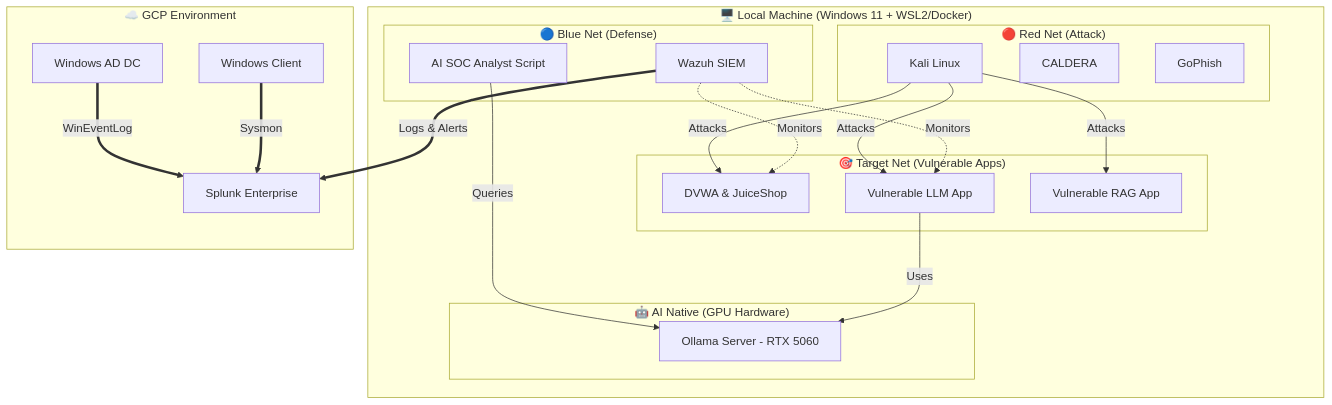
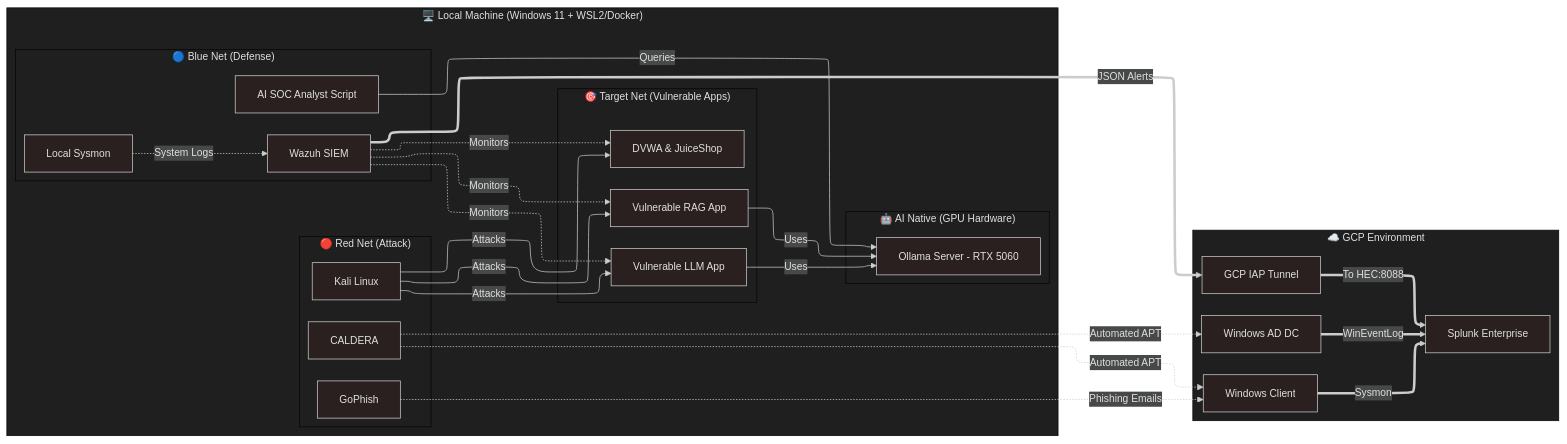
One commit to z1r0h/GCP-Homelab changed the first of 2 diagrams in AI-Security-Lab/README.md. Above: the diagram before and after it, drawn with Mermaid.

````diff
--- a/AI-Security-Lab/README.md
+++ b/AI-Security-Lab/README.md
@@ -22,43 +22,50 @@
 ```mermaid
-graph TD
-    subgraph "🖥️ Local Machine (Windows 11 + WSL2/Docker)"
-        subgraph "🔵 Blue Net (Defense)"
-            W[Wazuh SIEM]
-            A[AI SOC Analyst Script]
-        end
-        
-        subgraph "🔴 Red Net (Attack)"
-            K[Kali Linux]
-            C[CALDERA]
-            G[GoPhish]
-        end
-        
-        subgraph "🎯 Target Net (Vulnerable Apps)"
-            D[DVWA & JuiceShop]
-            L[Vulnerable LLM App]
-            R[Vulnerable RAG App]
-        end
-        
-        subgraph "🤖 AI Native (GPU Hardware)"
-            O[Ollama Server - RTX 5060]
-        end
-        
-        K -->|Attacks| D
-        K -->|Attacks| L
-        K -->|Attacks| R
-        A -->|Queries| O
-        L -->|Uses| O
-        W -.->|Monitors| D
-        W -.->|Monitors| L
-    end
-
-    subgraph "☁️ GCP Environment"
-        S[Splunk Enterprise]
-        AD[Windows AD DC]
-        WC[Windows Client]
-    end
-
-    W == "Logs & Alerts" ==> S
-    AD == "WinEventLog" ==> S
-    WC == "Sysmon" ==> S
+---
+config:
+  theme: neo-dark
+  layout: elk
+---
+flowchart LR
+ subgraph subGraph0["🔵 Blue Net (Defense)"]
+        W["Wazuh SIEM"]
+        A["AI SOC Analyst Script"]
+        SysmonLocal["Local Sysmon"]
+  end
+ subgraph subGraph1["🔴 Red Net (Attack)"]
+        K["Kali Linux"]
+        C["CALDERA"]
+        G["GoPhish"]
+  end
+ subgraph subGraph2["🎯 Target Net (Vulnerable Apps)"]
+        D["DVWA & JuiceShop"]
+        L["Vulnerable LLM App"]
+        R["Vulnerable RAG App"]
+  end
+ subgraph subGraph3["🤖 AI Native (GPU Hardware)"]
+        O["Ollama Server - RTX 5060"]
+  end
+ subgraph subGraph4["🖥️ Local Machine (Windows 11 + WSL2/Docker)"]
+        subGraph0
+        subGraph1
+        subGraph2
+        subGraph3
+  end
+ subgraph subGraph5["☁️ GCP Environment"]
+        IAP["GCP IAP Tunnel"]
+        S["Splunk Enterprise"]
+        AD["Windows AD DC"]
+        WC["Windows Client"]
+  end
+    K -- Attacks --> D & L & R
+    A -- Queries --> O
+    L -- Uses --> O
+    R -- Uses --> O
+    SysmonLocal -. System Logs .-> W
+    W -. Monitors .-> D & L & R
+    W == JSON Alerts ==> IAP
+    IAP == To HEC:8088 ==> S
+    AD == WinEventLog ==> S
+    WC == Sysmon ==> S
+    C -. Automated APT .-> AD & WC
+    G -. Phishing Emails .-> WC
 ```
````
